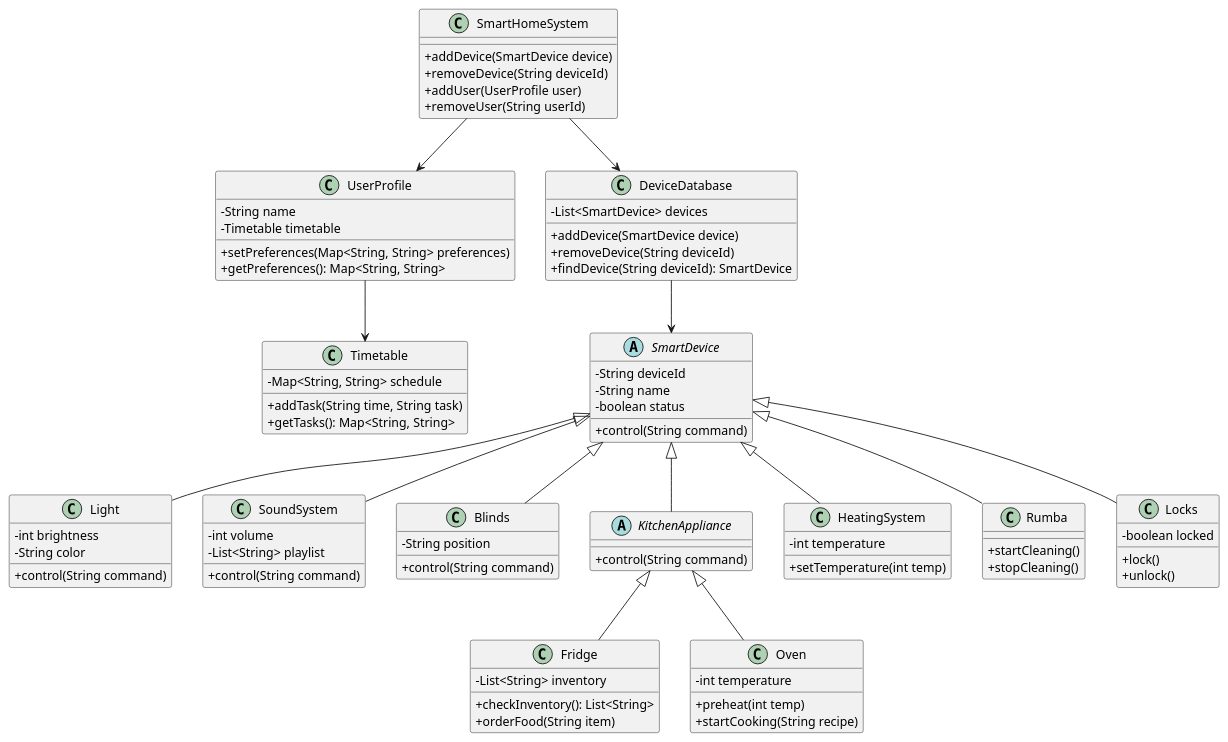
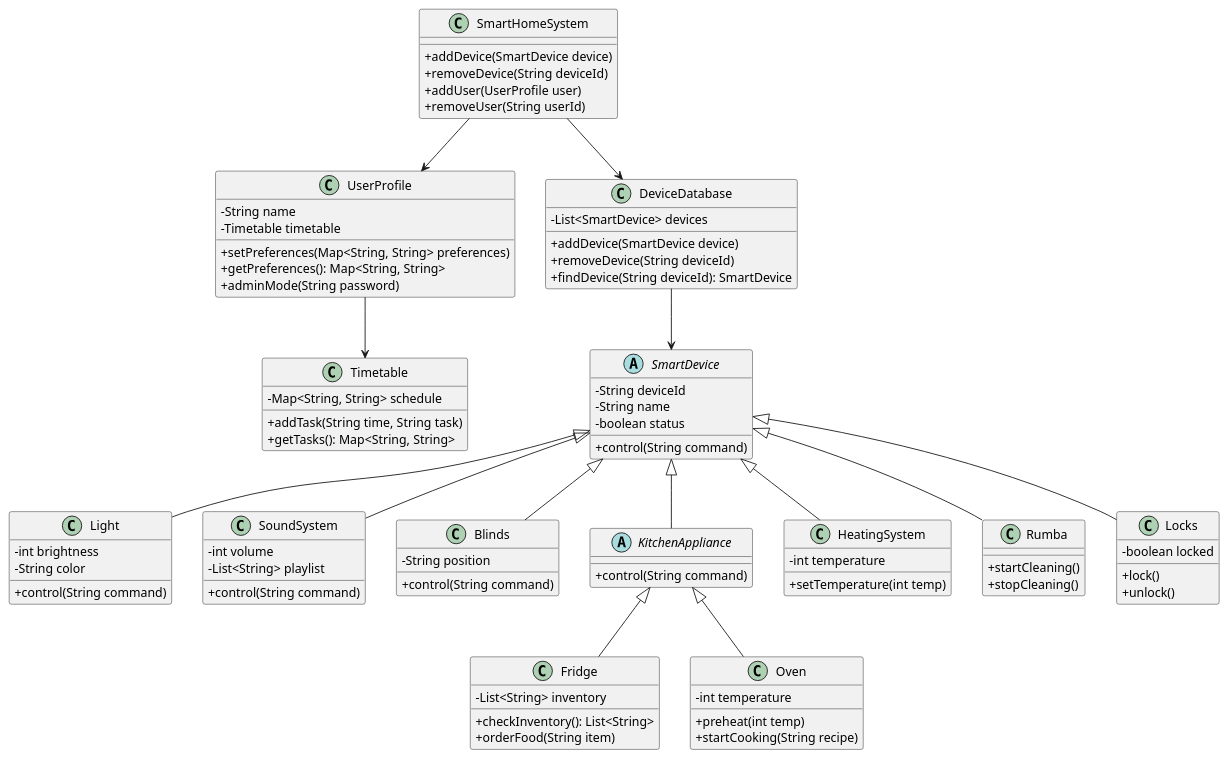
The diagram in Docs/classDiagram.puml (anuszek/Project_OOP_SmartHome), drawn with PlantUML before and after one commit.

Commit message:
quick changes

```diff
--- a/Docs/classDiagram.puml
+++ b/Docs/classDiagram.puml
@@ -1,103 +1,104 @@
 @startuml
 skinparam classAttributeIconSize 0
 
 class SmartHomeSystem {
     +addDevice(SmartDevice device)
     +removeDevice(String deviceId)
     +addUser(UserProfile user)
     +removeUser(String userId)
 }
 
 class UserProfile {
     -String name
     -Timetable timetable
     +setPreferences(Map<String, String> preferences)
     +getPreferences(): Map<String, String>
+    +adminMode(String password)
 }
 
 class Timetable {
     -Map<String, String> schedule
     +addTask(String time, String task)
     +getTasks(): Map<String, String>
 }
 
 abstract class SmartDevice {
     -String deviceId
     -String name
     -boolean status
     +control(String command)
 }
 
 class DeviceDatabase {
     -List<SmartDevice> devices
     +addDevice(SmartDevice device)
     +removeDevice(String deviceId)
     +findDevice(String deviceId): SmartDevice
 }
 
 class Light {
     -int brightness
     -String color
     +control(String command)
 }
 
 class SoundSystem {
     -int volume
     -List<String> playlist
     +control(String command)
 }
 
 class Blinds {
     -String position
     +control(String command)
 }
 
 abstract class KitchenAppliance {
     +control(String command)
 }
 
 class Fridge {
     -List<String> inventory
     +checkInventory(): List<String>
     +orderFood(String item)
 }
 
 class Oven {
     -int temperature
     +preheat(int temp)
     +startCooking(String recipe)
 }
 
 class HeatingSystem {
     -int temperature
     +setTemperature(int temp)
 }
 
 class Rumba {
     +startCleaning()
     +stopCleaning()
 }
 
 class Locks {
     -boolean locked
     +lock()
     +unlock()
 }
 
 SmartHomeSystem --> DeviceDatabase
 SmartHomeSystem --> UserProfile
 UserProfile --> Timetable
 
 SmartDevice <|-- Light
 SmartDevice <|-- SoundSystem
 SmartDevice <|-- Blinds
 SmartDevice <|-- HeatingSystem
 SmartDevice <|-- Rumba
 SmartDevice <|-- Locks
 SmartDevice <|-- KitchenAppliance
 
 KitchenAppliance <|-- Fridge
 KitchenAppliance <|-- Oven
 
 DeviceDatabase --> SmartDevice
 @enduml
```
